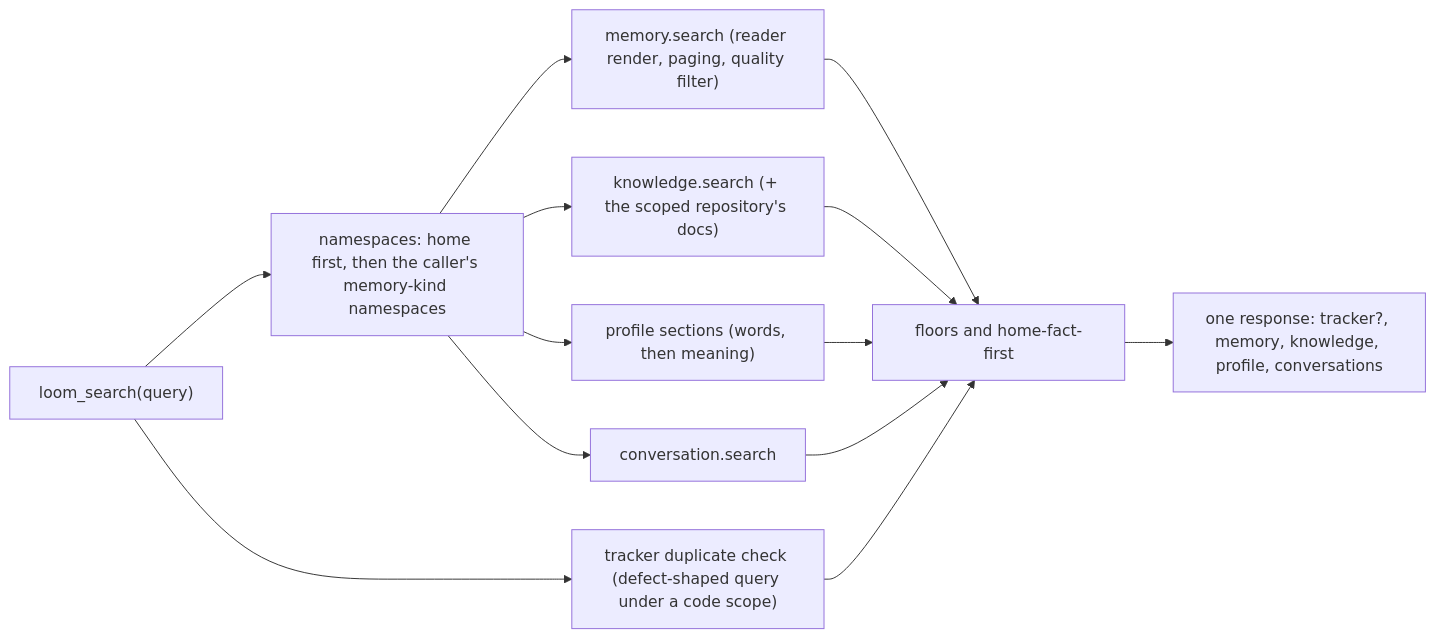
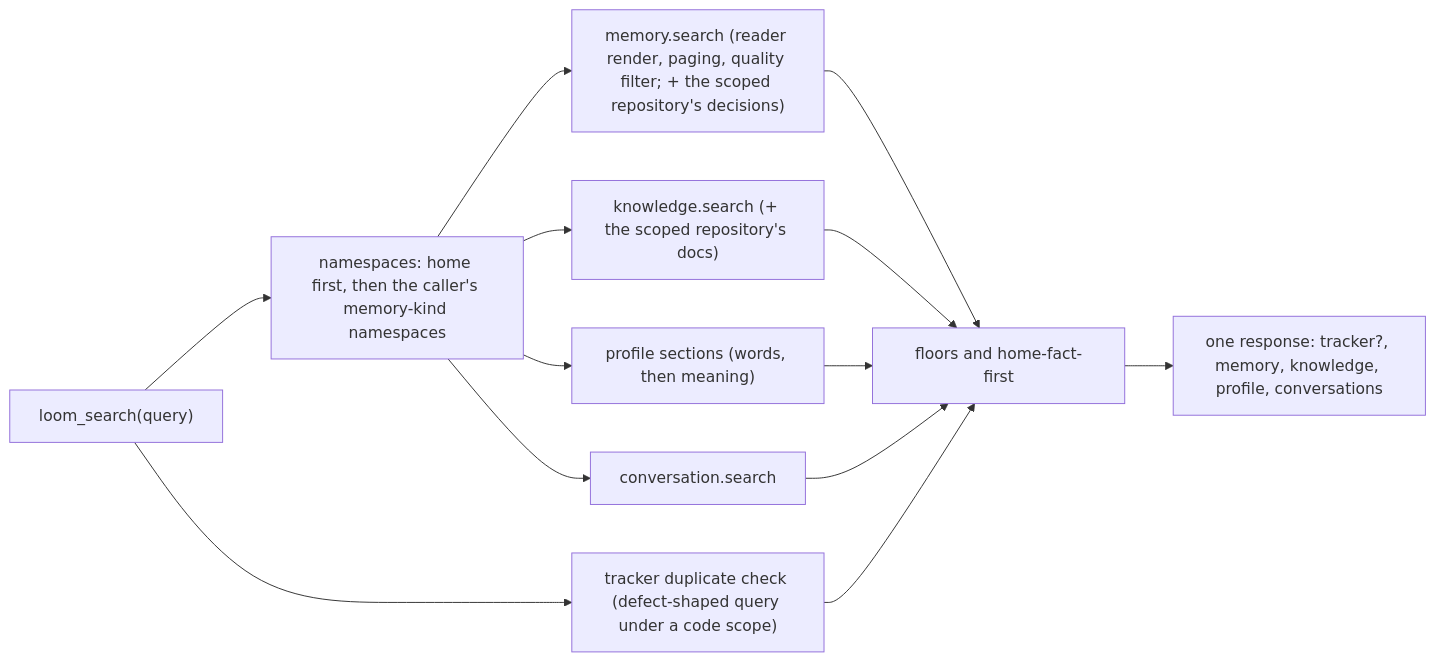
One commit to ClickHouse/loom changed the diagram in docs/features/unified-search.md. Above: the diagram before and after it, drawn with Mermaid. The commit also changed other lines of this file and 31 other files, not shown here.

Commit message:
Search under a code scope reads the repository's decisions

````diff
--- a/docs/features/unified-search.md
+++ b/docs/features/unified-search.md
@@ -14,15 +14,15 @@
 ```mermaid
 flowchart LR
   Q["loom_search(query)"] --> NS["namespaces: home first, then the caller's memory-kind namespaces"]
-  NS --> M["memory.search (reader render, paging, quality filter)"]
+  NS --> M["memory.search (reader render, paging, quality filter; + the scoped repository's decisions)"]
   NS --> K["knowledge.search (+ the scoped repository's docs)"]
   NS --> P["profile sections (words, then meaning)"]
   NS --> C["conversation.search"]
   Q --> T["tracker duplicate check (defect-shaped query under a code scope)"]
   M --> F["floors and home-fact-first"]
   K --> F
   P --> F
   C --> F
   T --> F
   F --> R["one response: tracker?, memory, knowledge, profile, conversations"]
 ```
````
